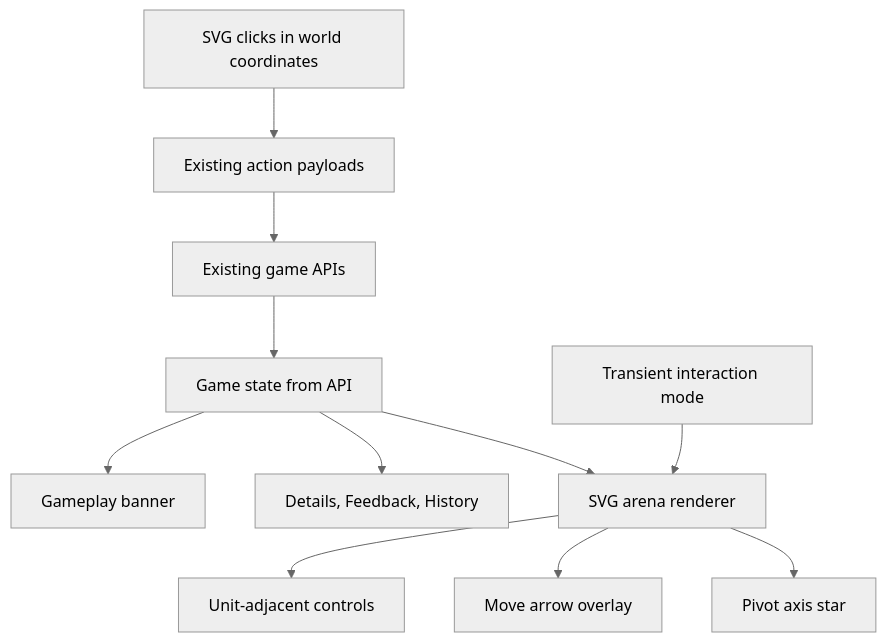
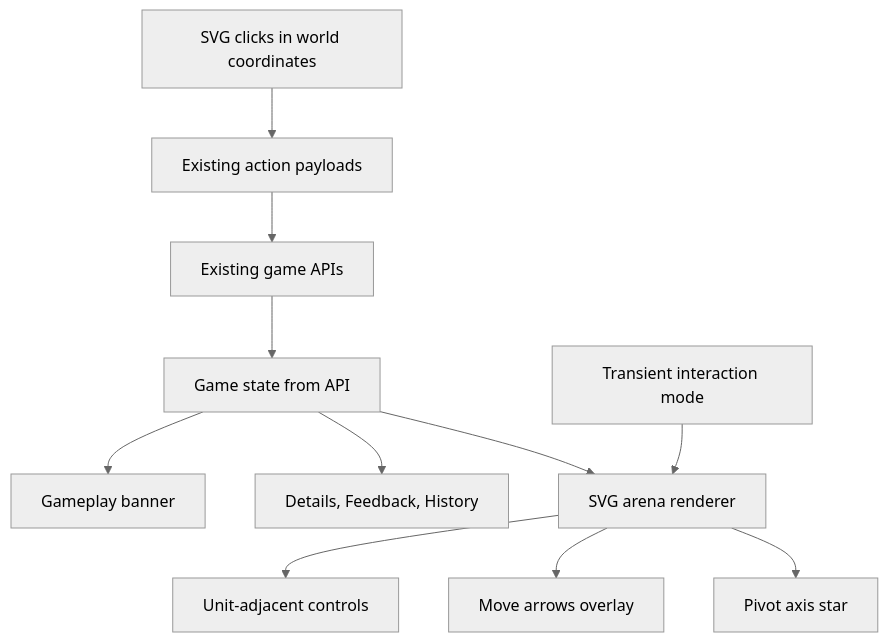
The second of 2 diagrams in docs/plans/2026-06-17-001-feat-contextual-game-controls-plan.md (bkroeze/miniswar), drawn with Mermaid (neutral theme) before and after one commit. The commit also changed other lines of this file and 1 other file, not shown here.

Commit message:
no-mistakes(document): Document move-bar UI

````diff
--- a/docs/plans/2026-06-17-001-feat-contextual-game-controls-plan.md
+++ b/docs/plans/2026-06-17-001-feat-contextual-game-controls-plan.md
@@ -83,13 +83,13 @@
 ```mermaid
 flowchart TB
   ServerState[Game state from API] --> Banner[Gameplay banner]
   ServerState --> LeftBar[Details, Feedback, History]
   ServerState --> Renderer[SVG arena renderer]
   UIState[Transient interaction mode] --> Renderer
   Renderer --> UnitControls[Unit-adjacent controls]
-  Renderer --> MoveArrow[Move arrow overlay]
+  Renderer --> MoveArrows[Move arrows overlay]
   Renderer --> PivotStar[Pivot axis star]
   Clicks[SVG clicks in world coordinates] --> Payloads[Existing action payloads]
   Payloads --> API[Existing game APIs]
   API --> ServerState
 ```
````
